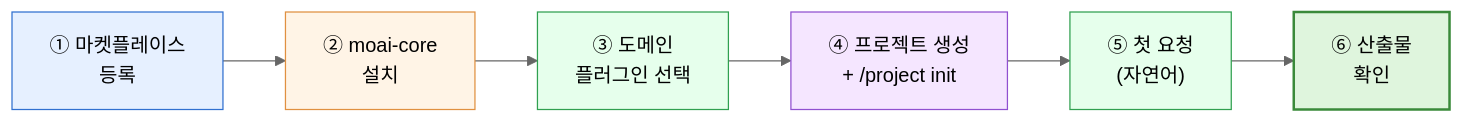
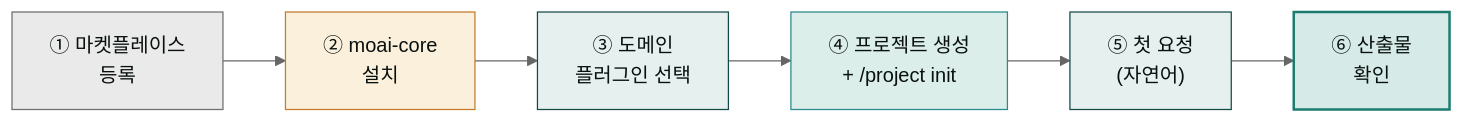
The diagram in content/getting-started/quick-start.md (modu-ai/claude), drawn with Mermaid (neutral theme) before and after one commit. The commit also changed 97 other files, not shown here.

First line of the commit message:
style(docs-site): mermaid 색상 브랜드 정합 + 라이트 테마 단일화

````diff
--- a/content/getting-started/quick-start.md
+++ b/content/getting-started/quick-start.md
@@ -16,15 +16,15 @@
 ```mermaid
 flowchart LR
     A["① 마켓플레이스<br/>등록"] --> B["② moai-core<br/>설치"]
     B --> C["③ 도메인<br/>플러그인 선택"]
     C --> D["④ 프로젝트 생성<br/>+ /project init"]
     D --> E["⑤ 첫 요청<br/>(자연어)"]
     E --> F["⑥ 산출물<br/>확인"]
 
-    style A fill:#e6f0ff,stroke:#3070d0
-    style B fill:#fff4e6,stroke:#e09040
-    style C fill:#e6ffec,stroke:#30a050
-    style D fill:#f5e6ff,stroke:#9050d0
-    style E fill:#e6ffec,stroke:#30a050
-    style F fill:#dff5dd,stroke:#3a8a3a,stroke-width:2px
+    style A fill:#eaeaea,stroke:#6e6e6e,color:#09110f
+    style B fill:#fbf0dc,stroke:#c47b2a,color:#09110f
+    style C fill:#e6f0ef,stroke:#144a46,color:#09110f
+    style D fill:#dceee9,stroke:#2a8a8c,color:#09110f
+    style E fill:#e6f0ef,stroke:#144a46,color:#09110f
+    style F fill:#d6ebe7,stroke:#1c7c70,stroke-width:2px,color:#09110f
 ```
````
